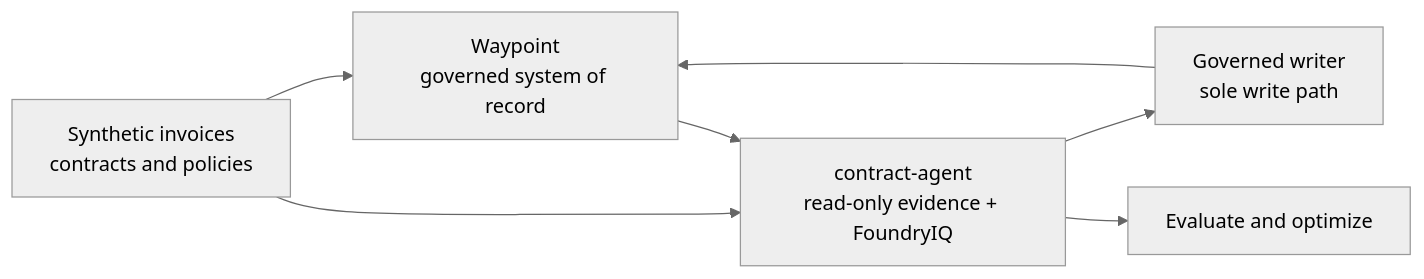
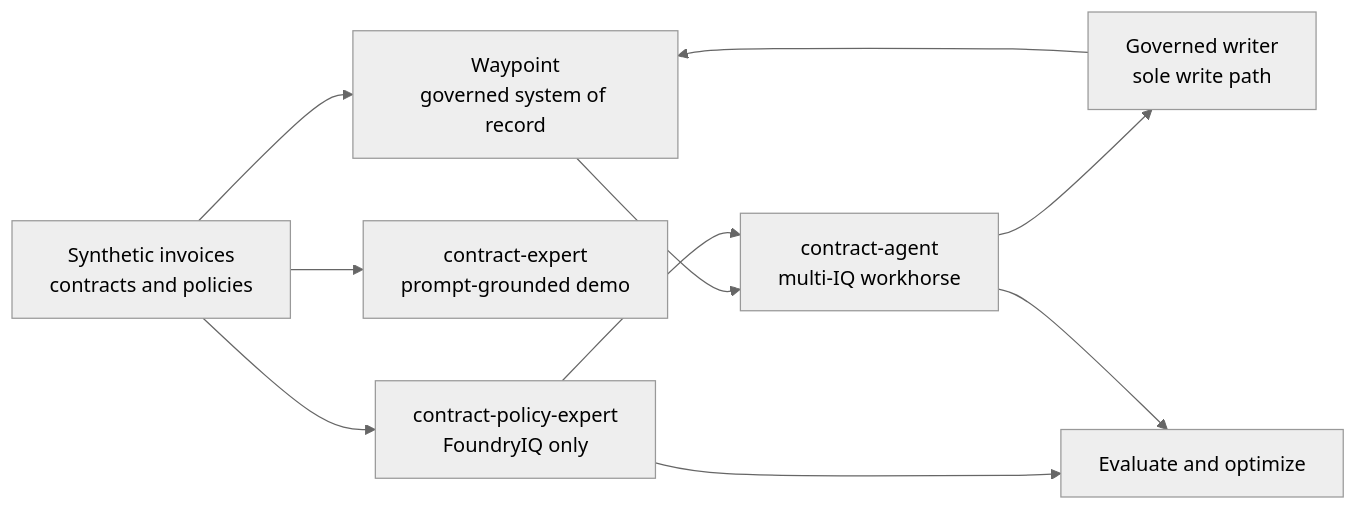
One commit to caldova/waypoint changed the diagram in README.md. Above: the diagram before and after it, drawn with Mermaid (neutral theme). The commit also changed other lines of this file and 59 other files, not shown here.

First line of the commit message:
Add Caldova contract agent portfolio

````diff
--- a/README.md
+++ b/README.md
@@ -194,15 +195,20 @@
 ```mermaid
 flowchart LR
     Corpus[Synthetic invoices<br/>contracts and policies]
     App[Waypoint<br/>governed system of record]
-    Agent[contract-agent<br/>read-only evidence + FoundryIQ]
+    Expert[contract-expert<br/>prompt-grounded demo]
+    Policy[contract-policy-expert<br/>FoundryIQ only]
+    Agent[contract-agent<br/>multi-IQ workhorse]
     Writer[Governed writer<br/>sole write path]
     Evals[Evaluate and optimize]
 
     Corpus --> App
-    Corpus --> Agent
+    Corpus --> Expert
+    Corpus --> Policy
     App --> Agent
+    Policy --> Agent
     Agent --> Writer
     Writer --> App
+    Policy --> Evals
     Agent --> Evals
 ```
````
